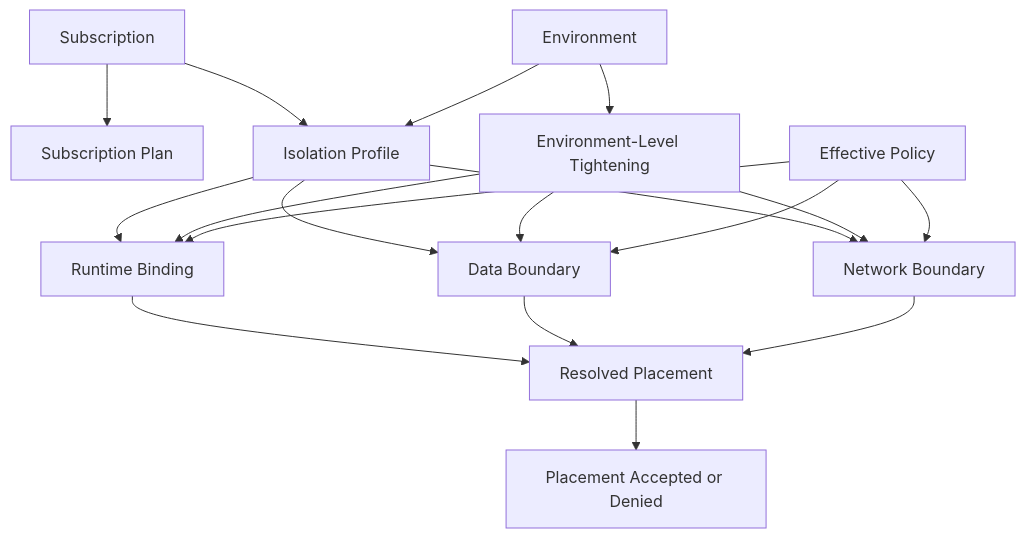
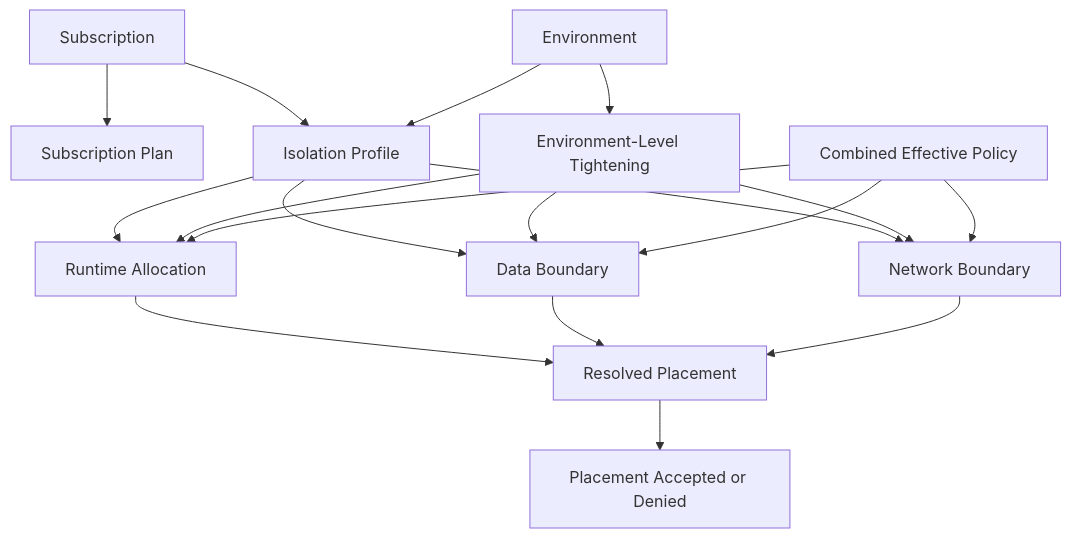
One commit to stefan-karlsson/software-architecture changed the third of 3 diagrams in documentation/arc42/06_runtime_view.adoc. Above: the diagram before and after it, drawn with Mermaid. The commit also changed other lines of this file and 25 other files, not shown here.

First line of the commit message:
feat: Refactor architecture documentation for Platform Control Plane

```diff
--- a/documentation/arc42/06_runtime_view.adoc
+++ b/documentation/arc42/06_runtime_view.adoc
@@ -66,21 +66,21 @@
 [mermaid, format=svg]
 ....
 flowchart TD
   Subscription["Subscription"] --> Plan["Subscription Plan"]
   Subscription --> IsolationProfile["Isolation Profile"]
   Environment["Environment"] --> IsolationProfile
-  IsolationProfile --> RuntimeBinding["Runtime Binding"]
+  IsolationProfile --> RuntimeAllocation["Runtime Allocation"]
   IsolationProfile --> DataBoundary["Data Boundary"]
   IsolationProfile --> NetworkBoundary["Network Boundary"]
   Environment --> Tightening["Environment-Level Tightening"]
-  Tightening --> RuntimeBinding
+  Tightening --> RuntimeAllocation
   Tightening --> DataBoundary
   Tightening --> NetworkBoundary
-  Policy["Effective Policy"] --> RuntimeBinding
+  Policy["Combined Effective Policy"] --> RuntimeAllocation
   Policy --> DataBoundary
   Policy --> NetworkBoundary
-  RuntimeBinding --> Placement["Resolved Placement"]
+  RuntimeAllocation --> Placement["Resolved Placement"]
   DataBoundary --> Placement
   NetworkBoundary --> Placement
   Placement --> AcceptDeny["Placement Accepted or Denied"]
 ....
```
